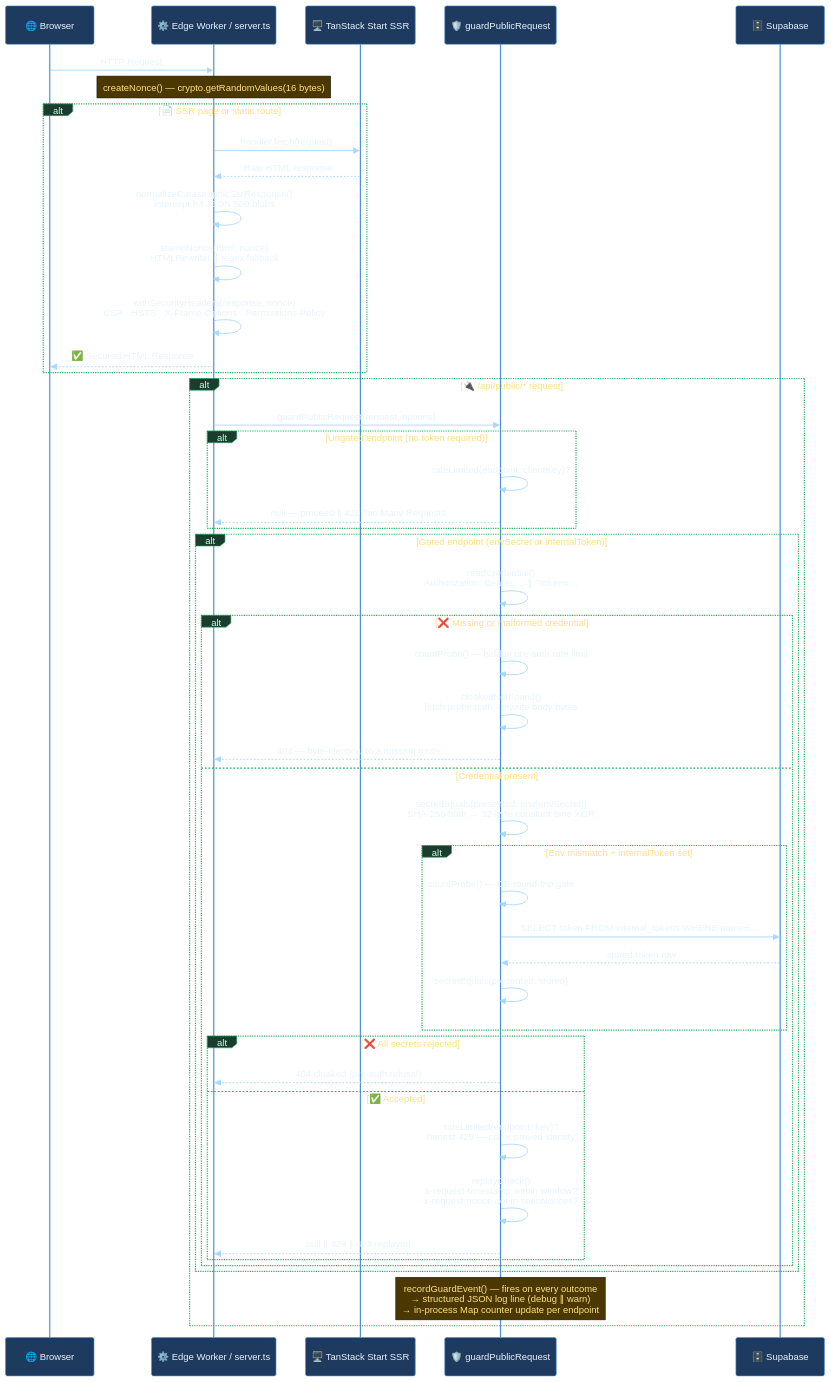
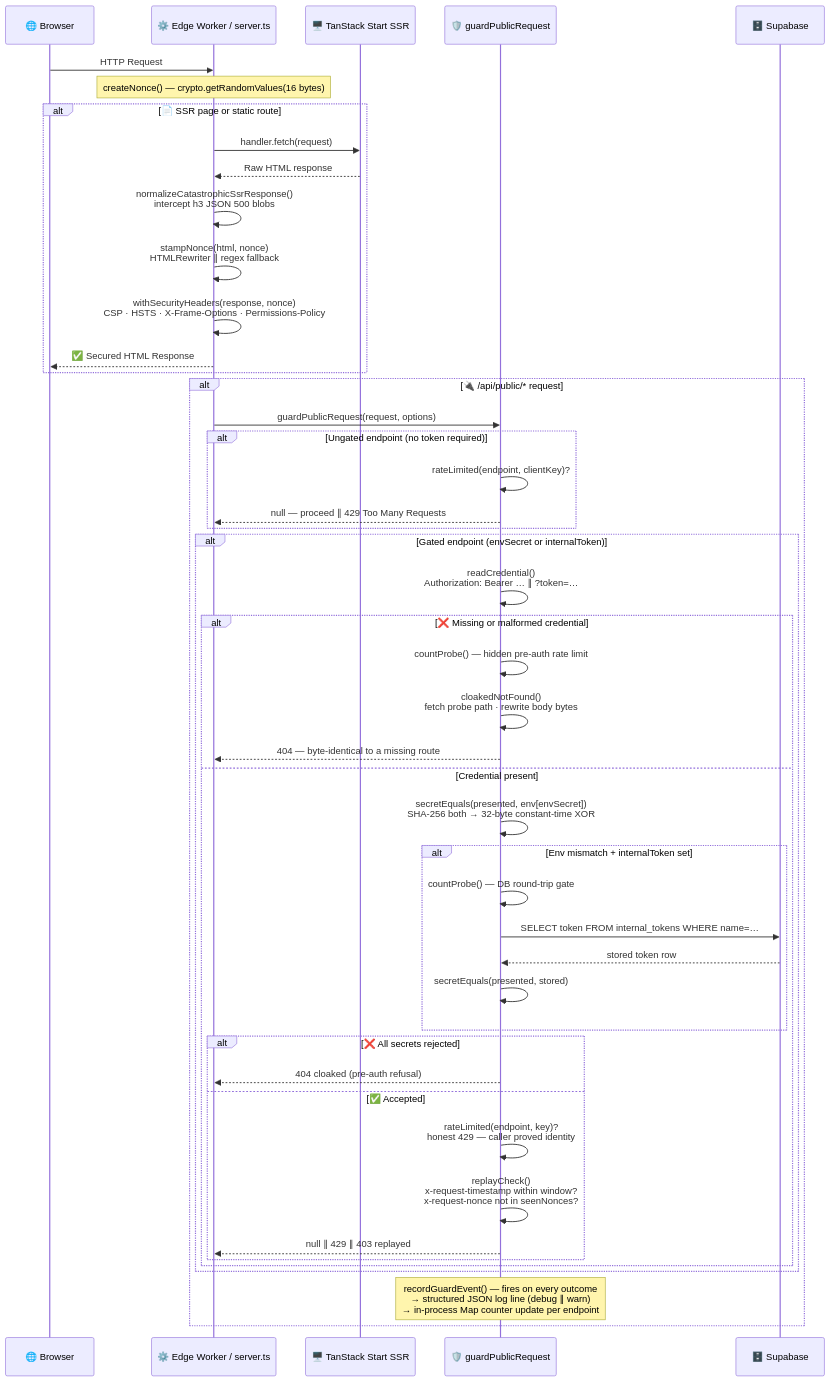
One commit to VIKAS9793/vouchlist changed the first of 3 diagrams in docs/engineering/ADR-001.md. Above: the diagram before and after it, drawn with Mermaid. The commit also changed other lines of this file, not shown here.

First line of the commit message:
docs(adr-001): overhaul Mermaid diagram styling for GitHub adaptive rendering

````diff
--- a/docs/engineering/ADR-001.md
+++ b/docs/engineering/ADR-001.md
@@ -217,33 +217,4 @@
 ```mermaid
-%%{init: {
-  "theme": "base",
-  "themeVariables": {
-    "primaryColor":       "#1e3a5f",
-    "primaryTextColor":   "#e8f4ff",
-    "primaryBorderColor": "#4a90d9",
-    "secondaryColor":     "#2e2e2e",
-    "secondaryTextColor": "#ffffff",
-    "tertiaryColor":      "#1a3d2e",
-    "tertiaryTextColor":  "#c8ffe8",
-    "noteBkgColor":       "#4a3800",
-    "noteTextColor":      "#ffe082",
-    "activationBkgColor": "#5c3d00",
-    "activationBorderColor": "#d4860f",
-    "sequenceNumberColor": "#ffffff",
-    "actorBkg":           "#1e3a5f",
-    "actorBorder":        "#4a90d9",
-    "actorTextColor":     "#e8f4ff",
-    "actorLineColor":     "#4a90d9",
-    "signalColor":        "#a8d8ff",
-    "signalTextColor":    "#e8f4ff",
-    "labelBoxBkgColor":   "#1a3d2e",
-    "labelBoxBorderColor":"#27ae60",
-    "labelTextColor":     "#c8ffe8",
-    "loopTextColor":      "#ffe082",
-    "altSectionBkgColor": "#1f2a1f",
-    "altSectionBkgColor2":"#1a1a2e"
-  }
-}}%%
 sequenceDiagram
     participant B  as 🌐 Browser
     participant W  as ⚙️ Edge Worker / server.ts
````
